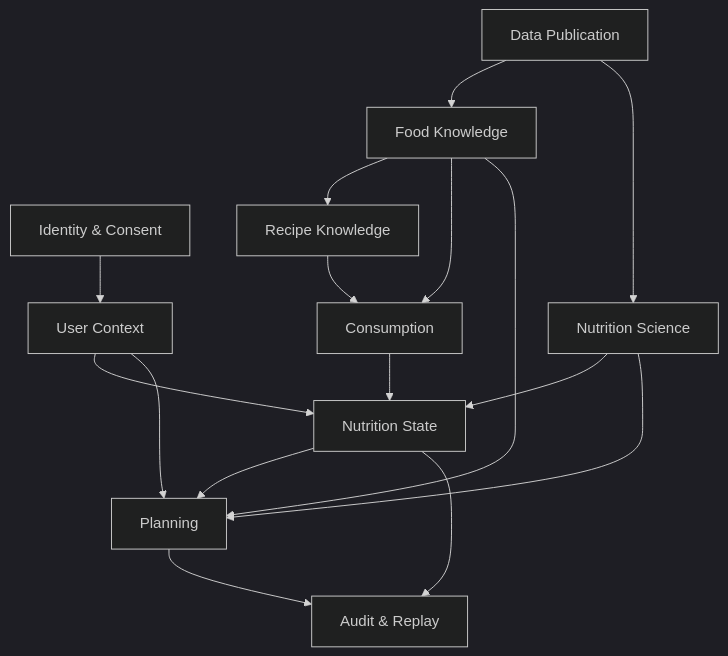
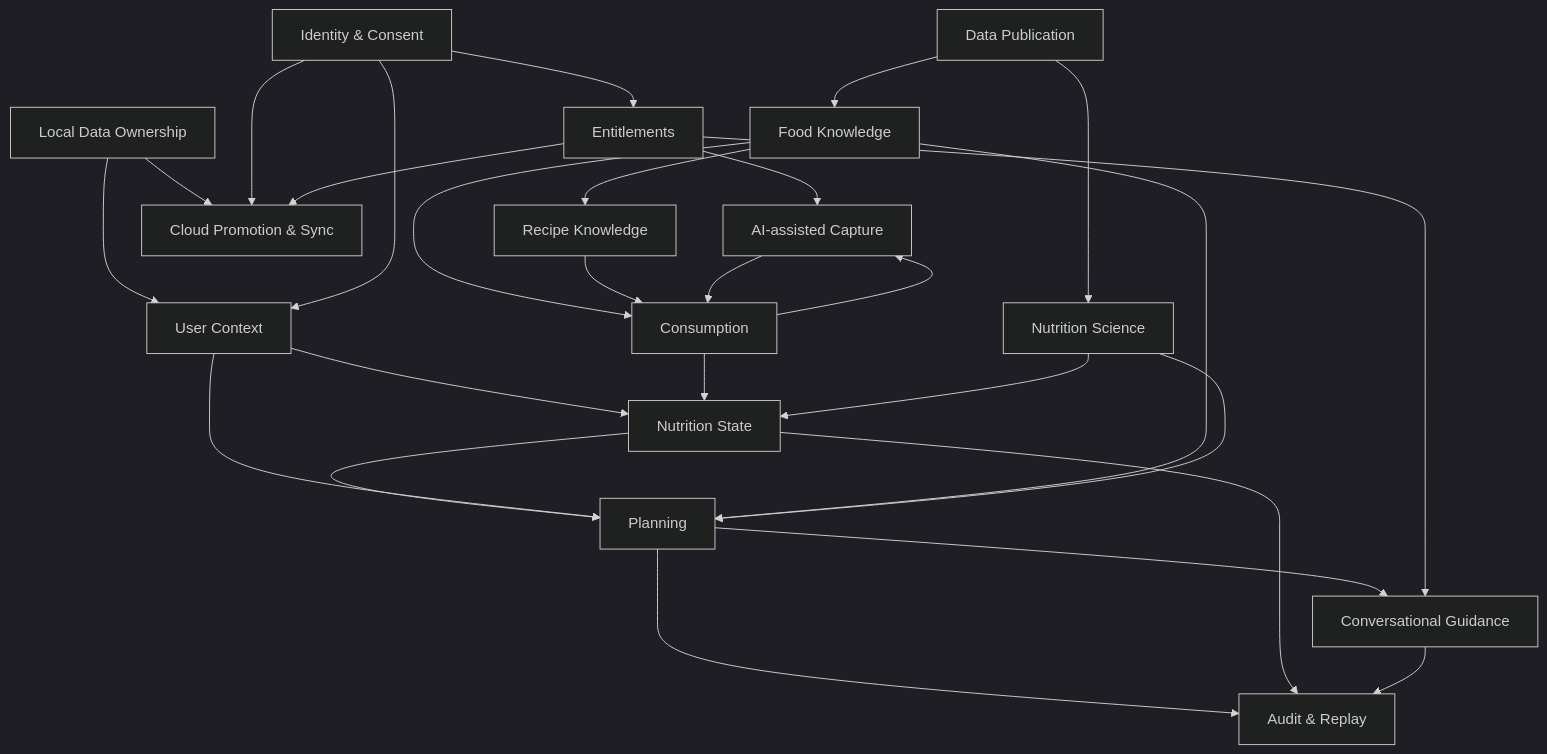
One commit to shari-ar/Nutrixx changed the diagram in docs/product/capability-map.md. Above: the diagram before and after it, drawn with Mermaid (dark theme). The commit also changed other lines of this file and 44 other files, not shown here.

Commit message:
docs: define local-first product architecture

````diff
--- a/docs/product/capability-map.md
+++ b/docs/product/capability-map.md
@@ -29,18 +34,29 @@
 ```mermaid
 flowchart TD
-    IC[Identity & Consent] --> UC[User Context]
+    LD[Local Data Ownership] --> UC[User Context]
+    IC[Identity & Consent] --> EN[Entitlements]
+    IC --> UC
     FK[Food Knowledge] --> RK[Recipe Knowledge]
     FK --> CO[Consumption]
     RK --> CO
     UC --> NS[Nutrition State]
     CO --> NS
     SC[Nutrition Science] --> NS
     NS --> PL[Planning]
     UC --> PL
     FK --> PL
     SC --> PL
     DP[Data Publication] --> FK
     DP --> SC
     PL --> AU[Audit & Replay]
     NS --> AU
+    LD --> SY[Cloud Promotion & Sync]
+    IC --> SY
+    EN --> SY
+    CO --> AI[AI-assisted Capture]
+    AI --> CO
+    EN --> AI
+    PL --> CA[Conversational Guidance]
+    EN --> CA
+    CA --> AU
 ```
````
